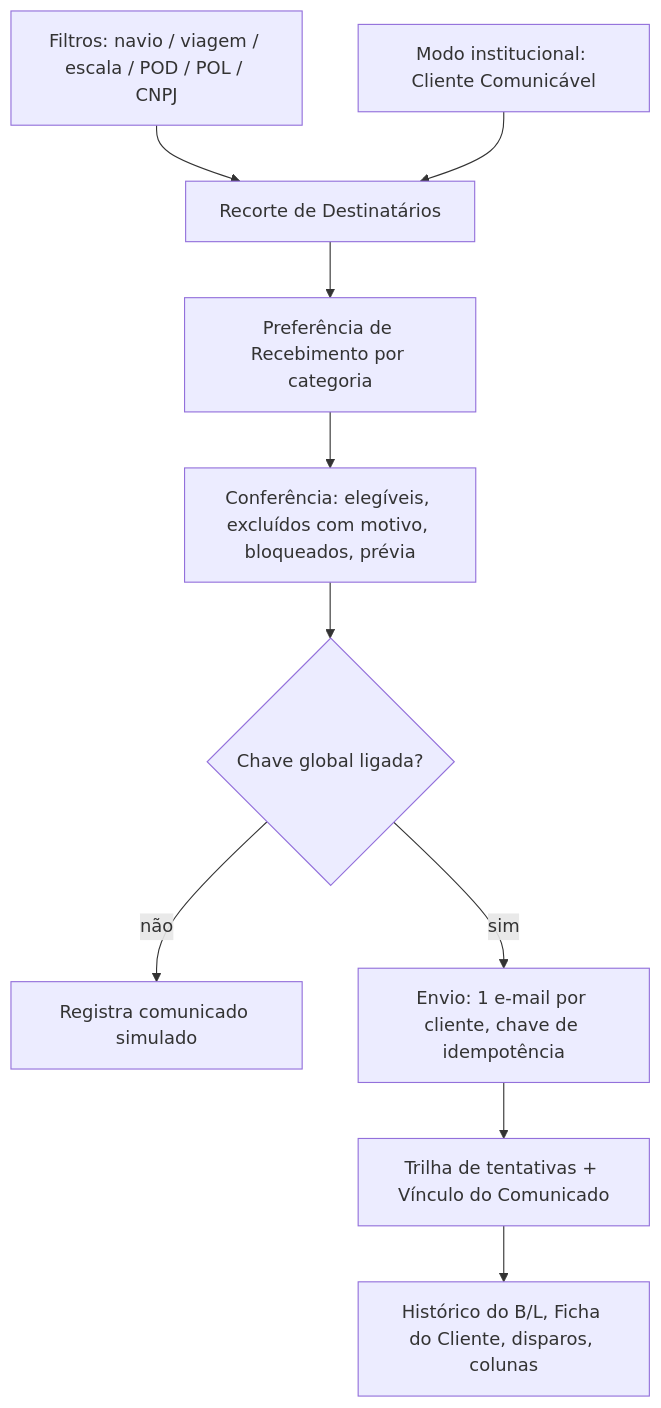
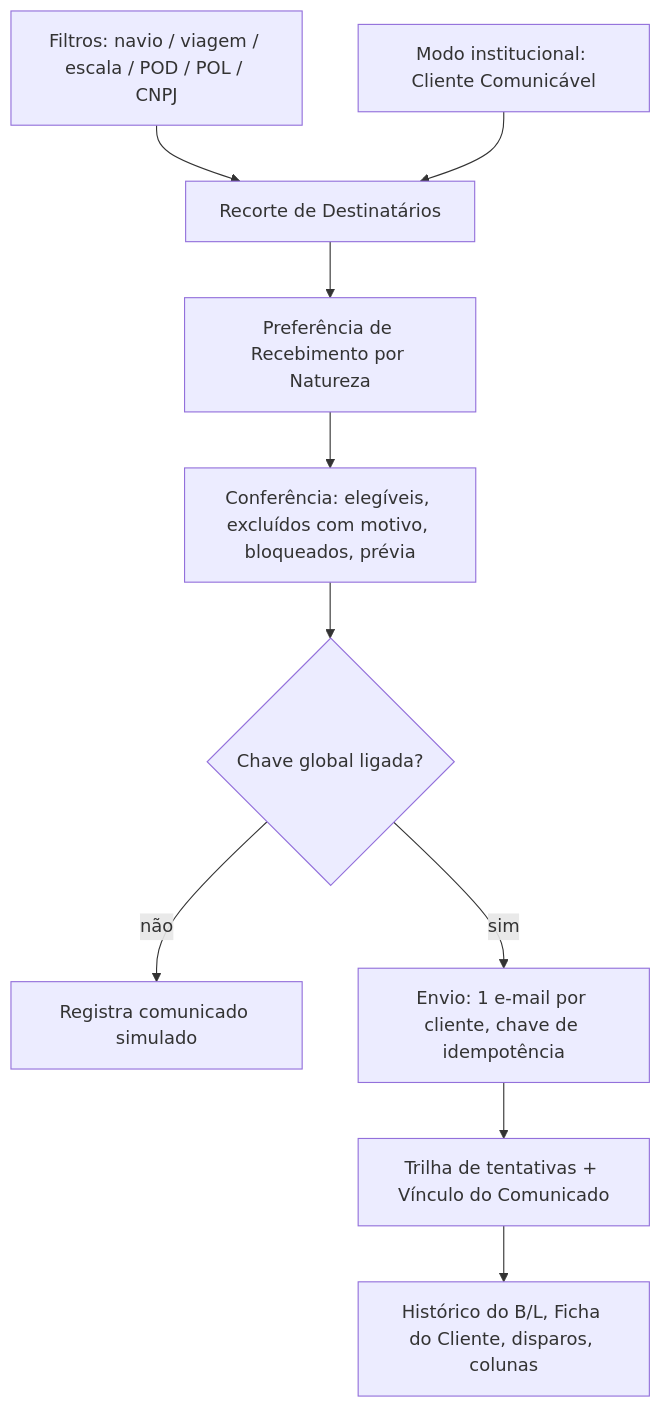
The first of 2 diagrams in docs/spec/2026-08-27-comunicacao-email-clientes-design.md (luccafwlog/transhippingdesk), drawn with Mermaid before and after one commit. The commit also changed other lines of this file and 2 other files, not shown here.

````diff
--- a/docs/spec/2026-08-27-comunicacao-email-clientes-design.md
+++ b/docs/spec/2026-08-27-comunicacao-email-clientes-design.md
@@ -345,12 +369,12 @@
 ```mermaid
 flowchart TD
   A[Filtros: navio / viagem / escala / POD / POL / CNPJ] --> B[Recorte de Destinatários]
   I[Modo institucional: Cliente Comunicável] --> B
-  B --> C[Preferência de Recebimento por categoria]
+  B --> C[Preferência de Recebimento por Natureza]
   C --> D[Conferência: elegíveis, excluídos com motivo, bloqueados, prévia]
   D --> E{Chave global ligada?}
   E -- não --> F[Registra comunicado simulado]
   E -- sim --> G[Envio: 1 e-mail por cliente, chave de idempotência]
   G --> H[Trilha de tentativas + Vínculo do Comunicado]
   H --> J[Histórico do B/L, Ficha do Cliente, disparos, colunas]
 ```
````
